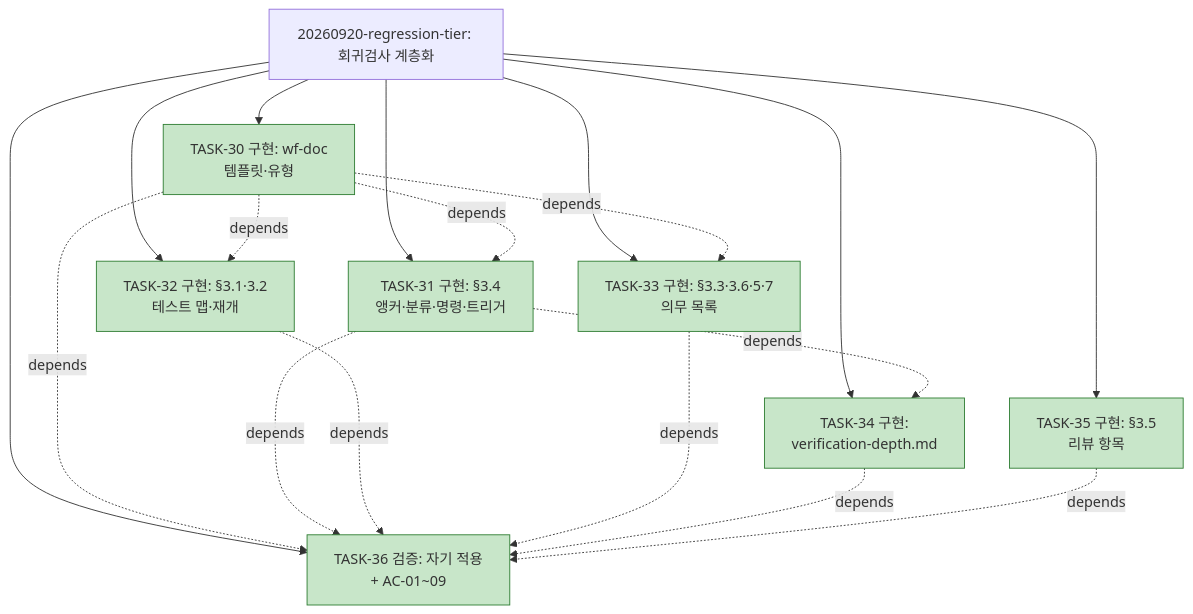
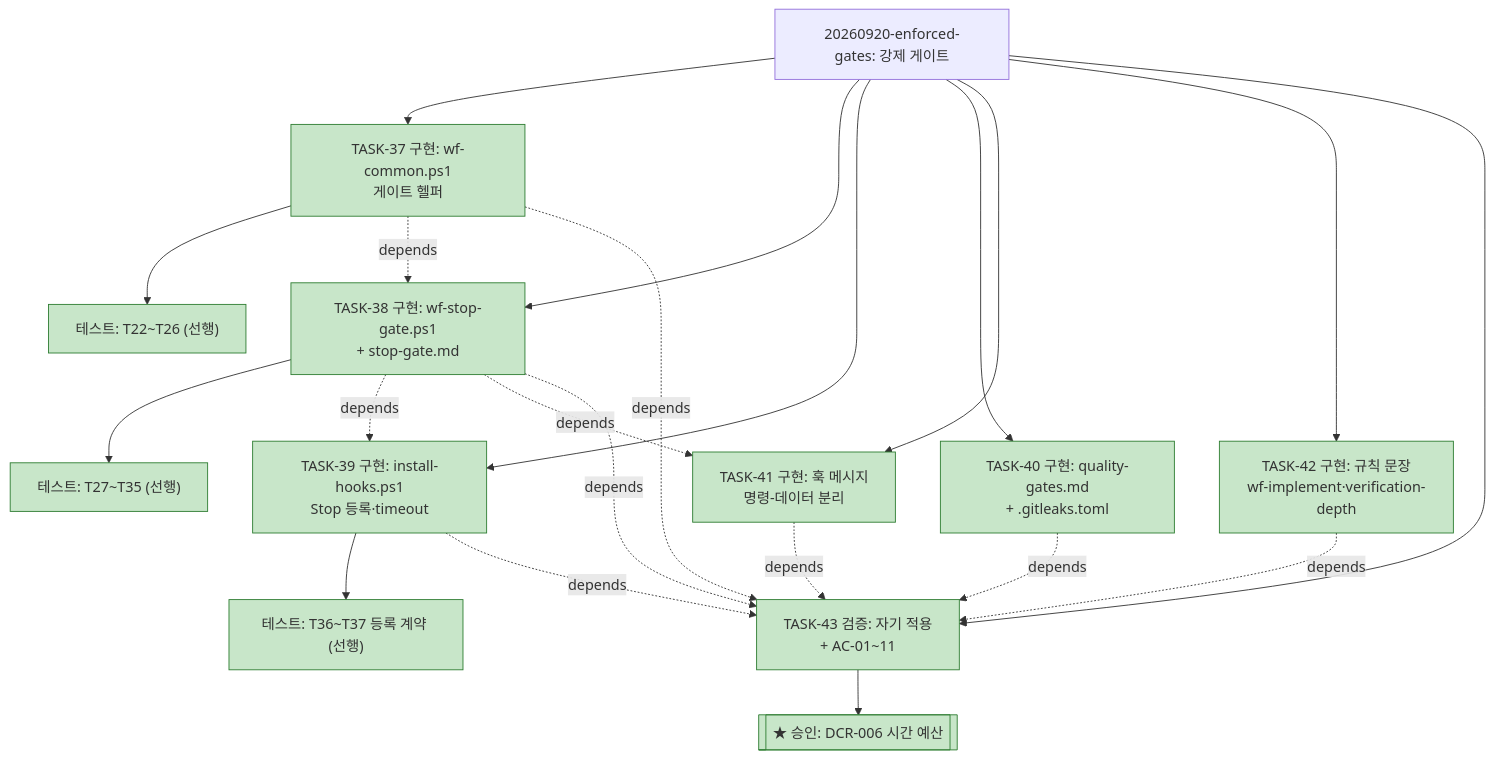
Before and after one commit to bluesky5008/llm_workflow: the diagram in docs/plan.md, drawn with Mermaid. The commit also changed other lines of this file and 18 other files, not shown here.

First line of the commit message:
강제 게이트 사이클(20260920-enforced-gates): Stop 훅이 전역 게이트와 회귀 의무 목록을 실행해 종료를 차단

````diff
--- a/docs/plan.md
+++ b/docs/plan.md
@@ -54,24 +63,27 @@
 ```mermaid
 flowchart TD
-    ROOT["20260920-regression-tier: 회귀검사 계층화"] --> T30["TASK-30 구현: wf-doc<br/>템플릿·유형"]:::done
-    ROOT --> T31["TASK-31 구현: §3.4<br/>앵커·분류·명령·트리거"]:::done
-    ROOT --> T32["TASK-32 구현: §3.1·3.2<br/>테스트 맵·재개"]:::done
-    ROOT --> T33["TASK-33 구현: §3.3·3.6·5·7<br/>의무 목록"]:::done
-    ROOT --> T34["TASK-34 구현:<br/>verification-depth.md"]:::done
-    ROOT --> T35["TASK-35 구현: §3.5<br/>리뷰 항목"]:::done
-    ROOT --> T36["TASK-36 검증: 자기 적용<br/>+ AC-01~09"]:::done
-    T30 -. depends .-> T31
-    T30 -. depends .-> T32
-    T30 -. depends .-> T33
-    T31 -. depends .-> T34
-    T30 -. depends .-> T36
-    T31 -. depends .-> T36
-    T32 -. depends .-> T36
-    T33 -. depends .-> T36
-    T34 -. depends .-> T36
-    T35 -. depends .-> T36
+    ROOT["20260920-enforced-gates: 강제 게이트"] --> T37["TASK-37 구현: wf-common.ps1<br/>게이트 헬퍼"]:::done
+    T37 --> TEST37["테스트: T22~T26 (선행)"]:::done
+    ROOT --> T38["TASK-38 구현: wf-stop-gate.ps1<br/>+ stop-gate.md"]:::done
+    T38 --> TEST38["테스트: T27~T35 (선행)"]:::done
+    ROOT --> T39["TASK-39 구현: install-hooks.ps1<br/>Stop 등록·timeout"]:::done
+    T39 --> TEST39["테스트: T36~T37 등록 계약 (선행)"]:::done
+    ROOT --> T40["TASK-40 구현: quality-gates.md<br/>+ .gitleaks.toml"]:::done
+    ROOT --> T41["TASK-41 구현: 훅 메시지<br/>명령-데이터 분리"]:::done
+    ROOT --> T42["TASK-42 구현: 규칙 문장<br/>wf-implement·verification-depth"]:::done
+    ROOT --> T43["TASK-43 검증: 자기 적용<br/>+ AC-01~11"]:::done
+    T43 --> DCR[["★ 승인: DCR-006 시간 예산"]]:::done
+    T37 -. depends .-> T38
+    T38 -. depends .-> T39
+    T38 -. depends .-> T41
+    T37 -. depends .-> T43
+    T38 -. depends .-> T43
+    T39 -. depends .-> T43
+    T40 -. depends .-> T43
+    T41 -. depends .-> T43
+    T42 -. depends .-> T43
     classDef done fill:#c8e6c9,stroke:#2e7d32
     classDef active fill:#fff9c4,stroke:#f9a825
     classDef todo fill:#eceff1,stroke:#90a4ae
     classDef gate fill:#ffcdd2,stroke:#c62828
 ```
````
